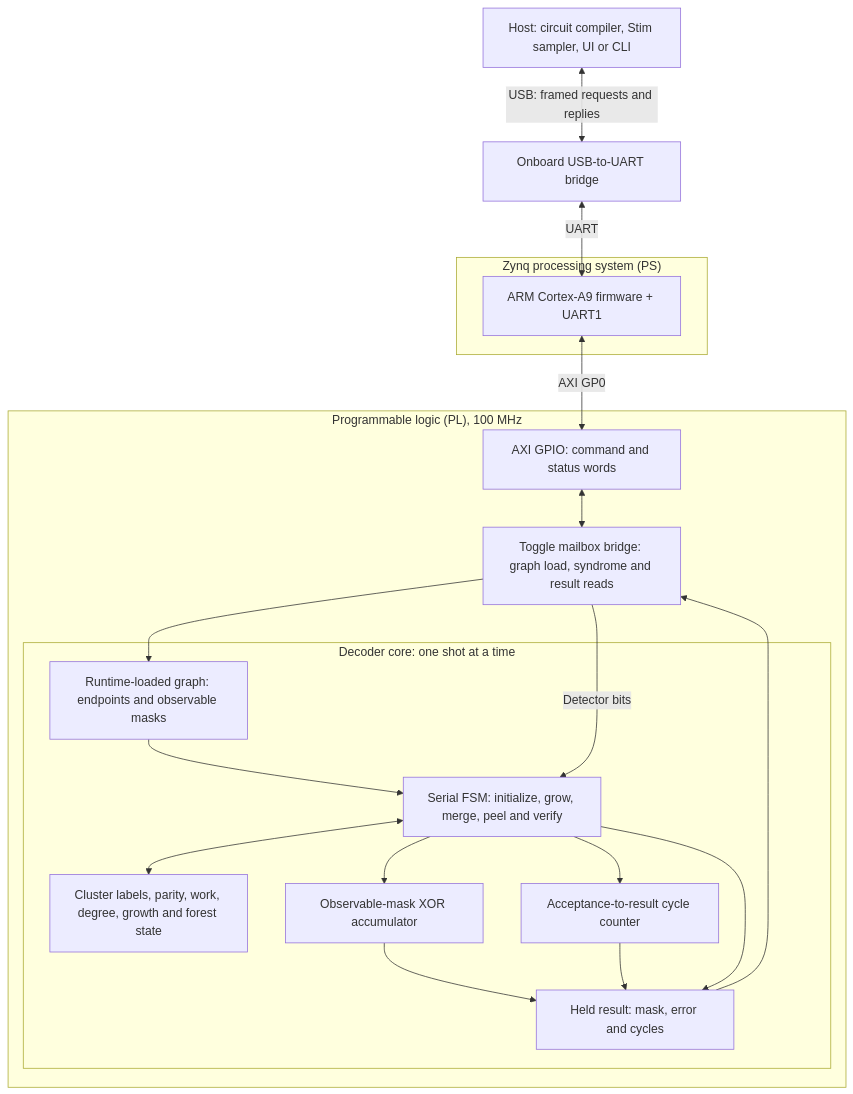
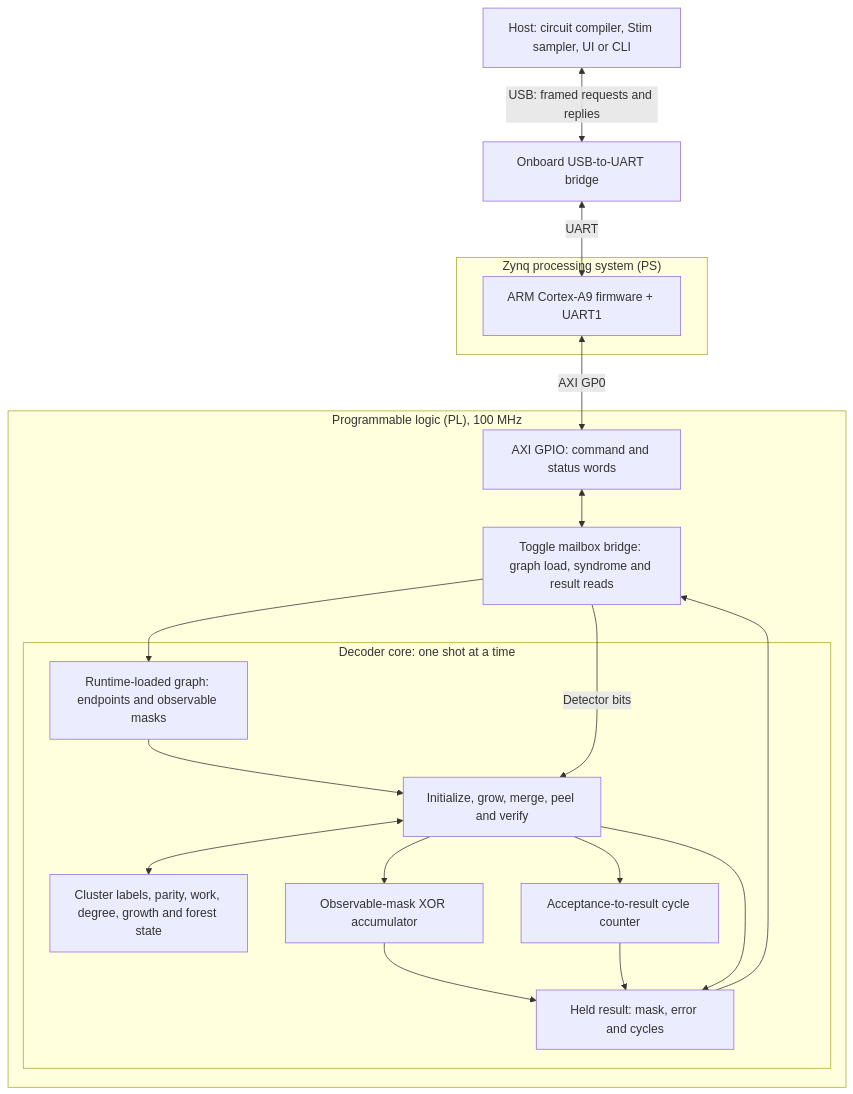
One commit to ToastCheng/zybo-qec-decoder changed the diagram in README.md. Above: the diagram before and after it, drawn with Mermaid. The commit also changed other lines of this file, not shown here.

````diff
--- a/README.md
+++ b/README.md
@@ -48,34 +48,34 @@
 ```mermaid
 flowchart TB
     host["Host: circuit compiler, Stim sampler, UI or CLI"]
     usb["Onboard USB-to-UART bridge"]
     subgraph ps ["Zynq processing system (PS)"]
         arm["ARM Cortex-A9 firmware + UART1"]
     end
     subgraph pl ["Programmable logic (PL), 100 MHz"]
         gpio["AXI GPIO: command and status words"]
         bridge["Toggle mailbox bridge: graph load, syndrome and result reads"]
         subgraph core ["Decoder core: one shot at a time"]
             edges["Runtime-loaded graph: endpoints and observable masks"]
-            fsm["Serial FSM: initialize, grow, merge, peel and verify"]
+            fsm["Initialize, grow, merge, peel and verify"]
             state["Cluster labels, parity, work, degree, growth and forest state"]
             mask["Observable-mask XOR accumulator"]
             cycles["Acceptance-to-result cycle counter"]
             result["Held result: mask, error and cycles"]
             edges --> fsm
             fsm <--> state
             fsm --> mask
             fsm --> cycles
             mask --> result
             cycles --> result
             fsm --> result
         end
         gpio <--> bridge
         bridge --> edges
         bridge -->|"Detector bits"| fsm
         result --> bridge
     end
     host <-->|"USB: framed requests and replies"| usb
     usb <-->|"UART"| arm
     arm <-->|"AXI GP0"| gpio
 ```
````
